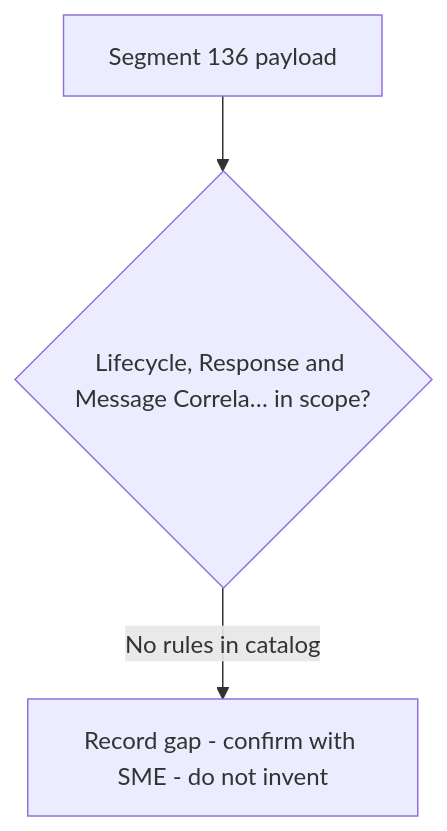
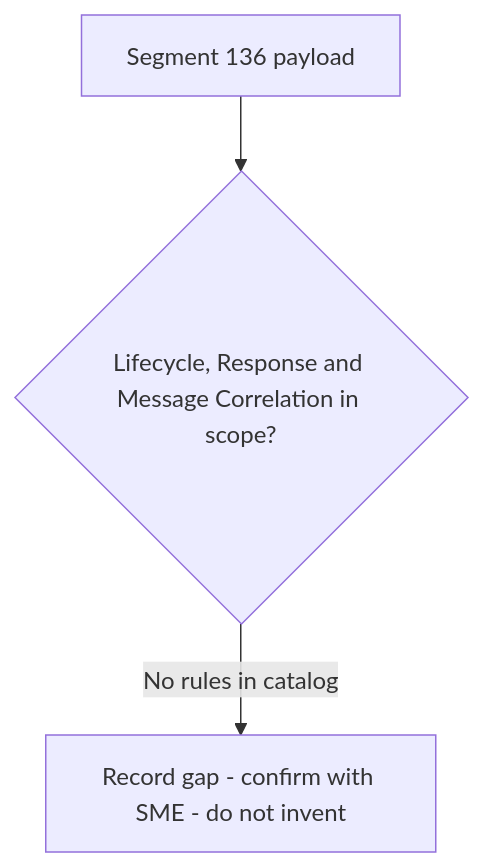
The diagram in regression-artifact-validator/specifications/ATL105/docs/specs/kb/segment-136/lifecycle-response-correlation-flow.md (DhanSingh-hub/core-auth-ai-validation-framework), drawn with Mermaid before and after one commit. The commit also changed 150 other files, not shown here.

````diff
--- a/regression-artifact-validator/specifications/ATL105/docs/specs/kb/segment-136/lifecycle-response-correlation-flow.md
+++ b/regression-artifact-validator/specifications/ATL105/docs/specs/kb/segment-136/lifecycle-response-correlation-flow.md
@@ -3,5 +3,5 @@
 ```mermaid
 flowchart TD
-    A[Segment 136 payload] --> B{Lifecycle, Response and Message Correla… in scope?}
+    A[Segment 136 payload] --> B{Lifecycle, Response and Message Correlation in scope?}
     B -->|No rules in catalog| G[Record gap - confirm with SME - do not invent]
 ```
````
